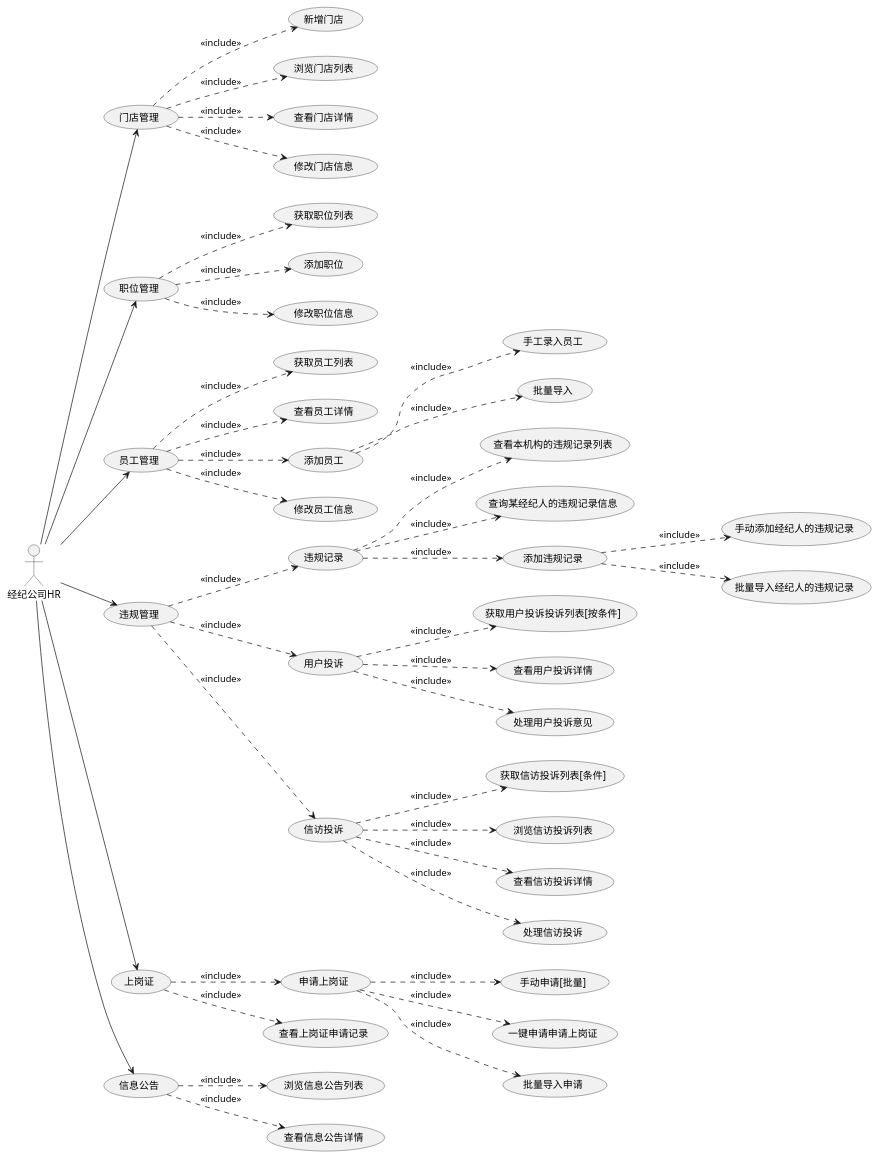
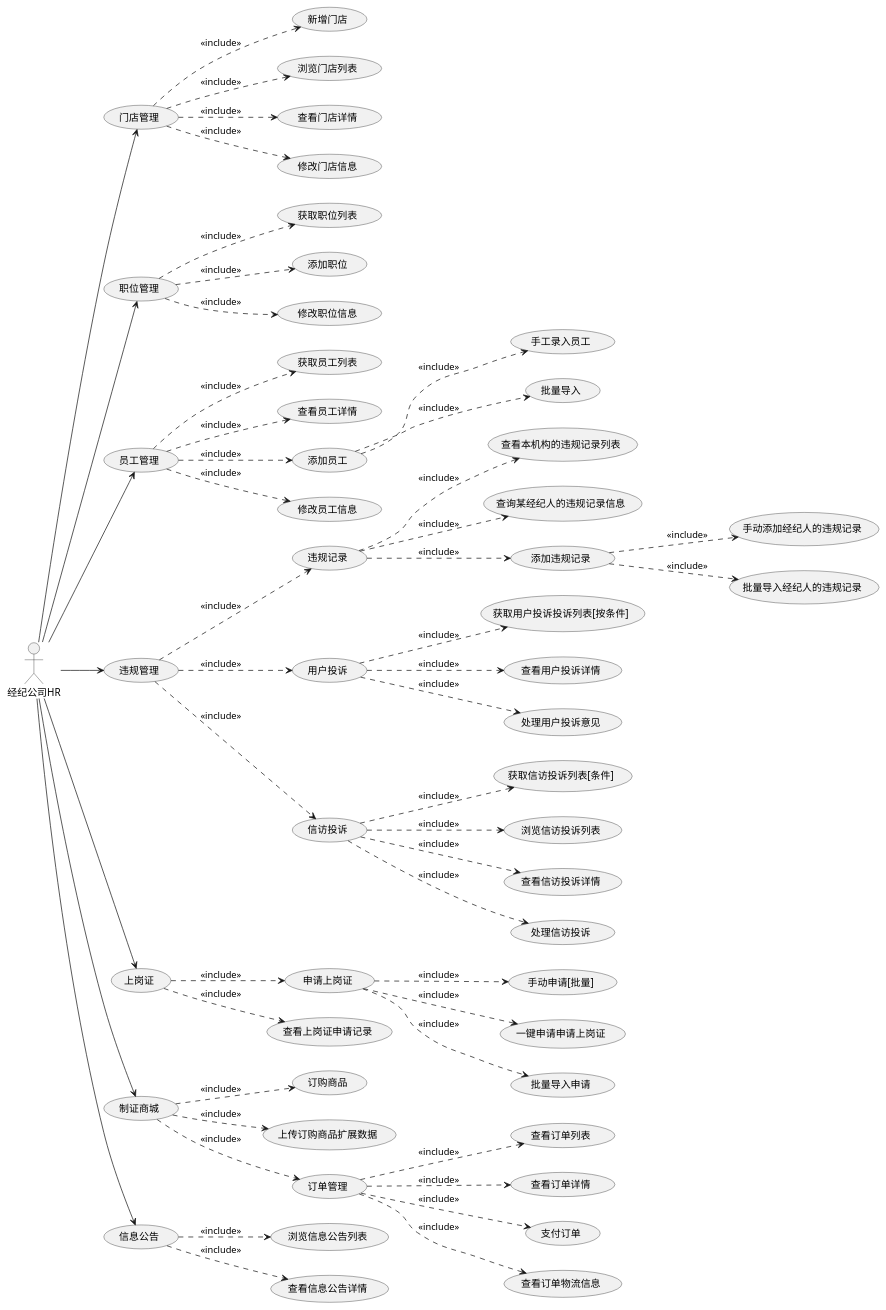
One commit to evildoerX/hyperledger-credit changed the seventh of 12 diagrams in docs/credit/README.md. Above: the diagram before and after it, drawn with PlantUML. The commit also changed other lines of this file and 1 other file, not shown here.

```diff
--- a/docs/credit/README.md
+++ b/docs/credit/README.md
@@ -286,44 +298,52 @@
 @startuml
 left to right direction
 经纪公司HR --> (门店管理)
 (门店管理) ..> (新增门店): <<include>>
 (门店管理) ..> (浏览门店列表): <<include>>
 (门店管理) ..> (查看门店详情): <<include>>
 (门店管理) ..> (修改门店信息): <<include>>
 经纪公司HR --> (职位管理)
 (职位管理) ..> (获取职位列表): <<include>>
 (职位管理) ..> (添加职位): <<include>>
 (职位管理) ..> (修改职位信息): <<include>>
 经纪公司HR --> (员工管理)
 (员工管理) ..> (获取员工列表): <<include>>
 (员工管理) ..> (查看员工详情): <<include>>
 (员工管理) ..> (添加员工): <<include>>
 (添加员工) ..> (手工录入员工): <<include>>
 (添加员工) ..> (批量导入): <<include>>
 (员工管理) ..> (修改员工信息): <<include>>
 经纪公司HR --> (违规管理)
 (违规管理) ..> (违规记录): <<include>>
 (违规记录) ..> (查看本机构的违规记录列表): <<include>>
 (违规记录) ..> (查询某经纪人的违规记录信息): <<include>>
 (违规记录) ..> (添加违规记录): <<include>>
 (添加违规记录) ..> (手动添加经纪人的违规记录): <<include>>
 (添加违规记录) ..> (批量导入经纪人的违规记录): <<include>>
 (违规管理) ..> (用户投诉): <<include>>
 (用户投诉) ..> (获取用户投诉投诉列表[按条件]): <<include>>
 (用户投诉) ..> (查看用户投诉详情): <<include>>
 (用户投诉) ..> (处理用户投诉意见): <<include>>
 (违规管理) ..> (信访投诉): <<include>>
 (信访投诉) ..> (获取信访投诉列表[条件]): <<include>>
 (信访投诉) ..> (浏览信访投诉列表): <<include>>
 (信访投诉) ..> (查看信访投诉详情): <<include>>
 (信访投诉) ..> (处理信访投诉): <<include>>
 经纪公司HR --> (上岗证)
 (上岗证) ..> (申请上岗证): <<include>>
 (申请上岗证) ..> (手动申请[批量]): <<include>>
 (申请上岗证) ..> (一键申请申请上岗证): <<include>>
 (申请上岗证) ..> (批量导入申请): <<include>>
 (上岗证) ..> (查看上岗证申请记录): <<include>>
+经纪公司HR --> (制证商城)
+(制证商城) ..> (订购商品): <<include>>
+(制证商城) ..> (上传订购商品扩展数据): <<include>>
+(制证商城) ..> (订单管理): <<include>>
+(订单管理) ..> (查看订单列表): <<include>>
+(订单管理) ..> (查看订单详情): <<include>>
+(订单管理) ..> (支付订单): <<include>>
+(订单管理) ..> (查看订单物流信息): <<include>>
 经纪公司HR --> (信息公告)
 (信息公告) ..> (浏览信息公告列表): <<include>>
 (信息公告) ..> (查看信息公告详情): <<include>>
 @enduml
```
